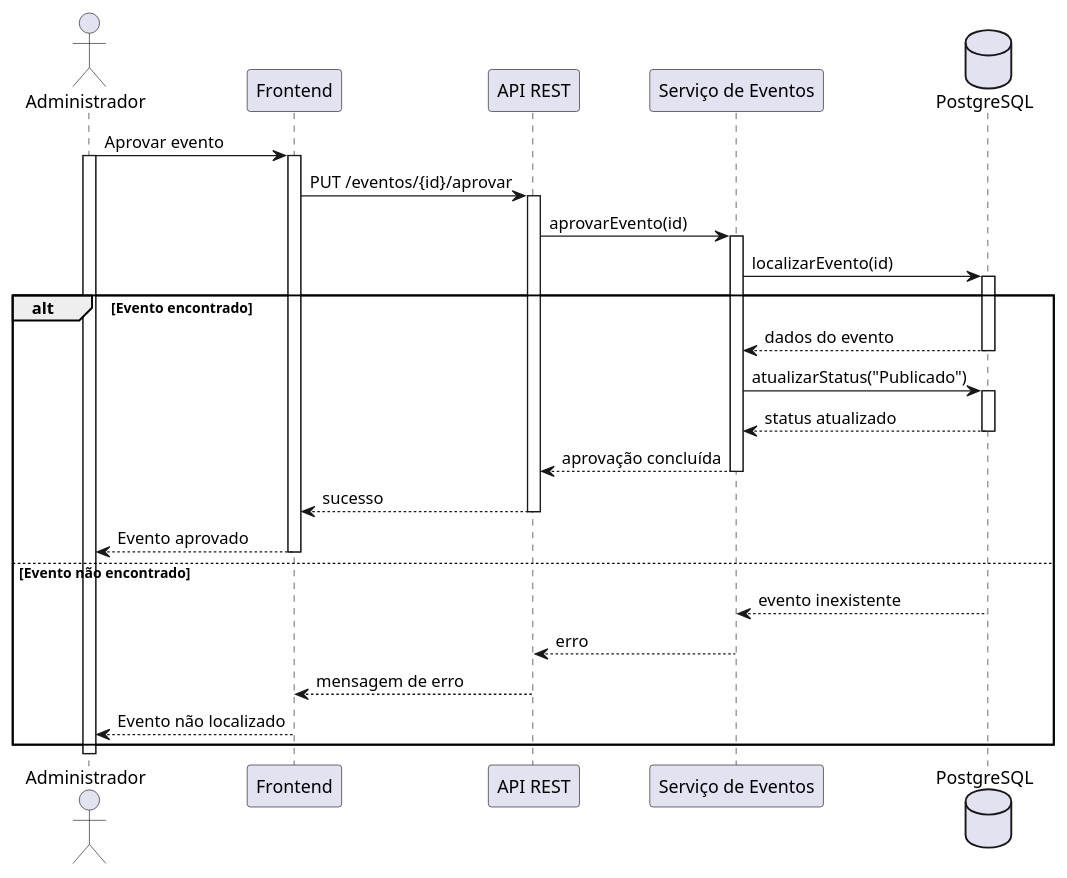
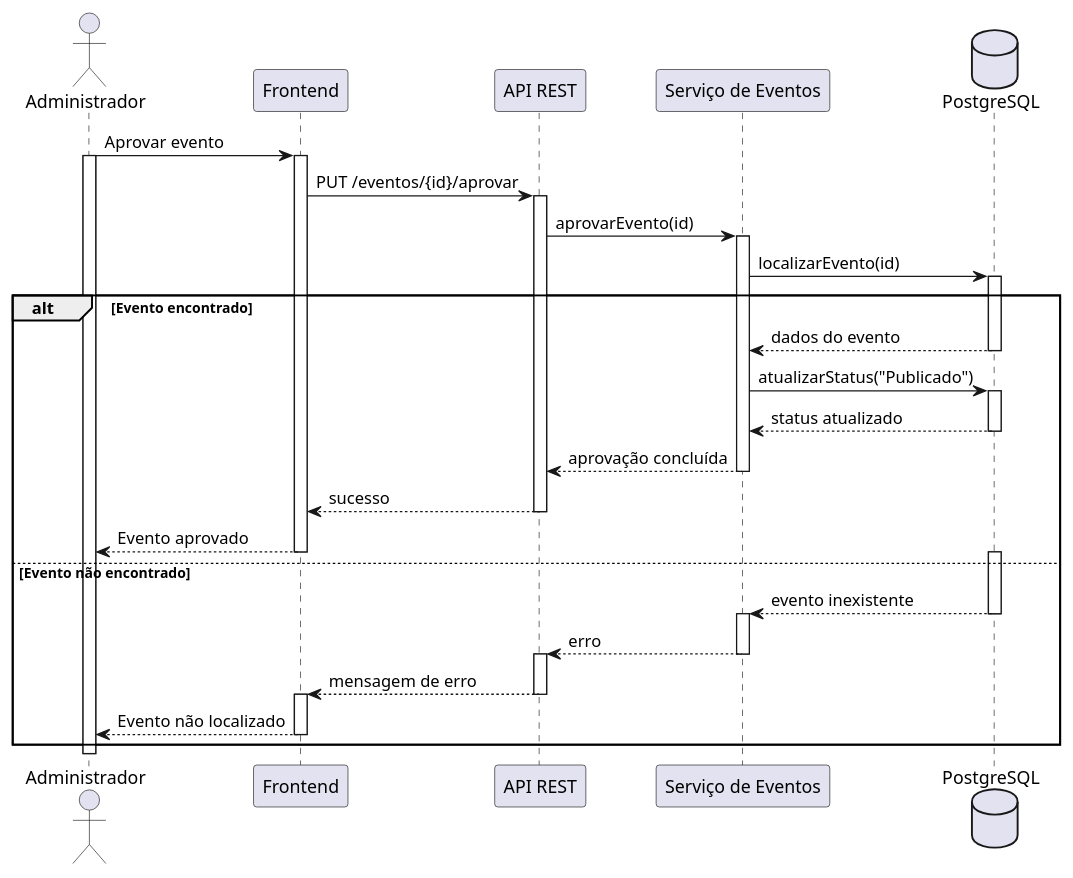
Before and after one commit to mthsz-dm/Conecta-Eventos: the diagram in PlantUML/Diagrama de sequencia detalhado/Diagrama-de-sequencia-UC-10.plantuml, drawn with PlantUML. The commit also changed 5 other files, not shown here.

Commit message:
Modificação de diagrama de sequencia

```diff
--- a/PlantUML/Diagrama de sequencia detalhado/Diagrama-de-sequencia-UC-10.plantuml
+++ b/PlantUML/Diagrama de sequencia detalhado/Diagrama-de-sequencia-UC-10.plantuml
@@ -1,48 +1,51 @@
 @startuml
 
 autoactivate on
 
 actor Administrador
 
 participant "Frontend" as Frontend
 participant "API REST" as API
 participant "Serviço de Eventos" as Service
 database "PostgreSQL" as DB
 
 Administrador -> Frontend : Aprovar evento
 activate Administrador
 
 Frontend -> API : PUT /eventos/{id}/aprovar
 
 API -> Service : aprovarEvento(id)
 
 Service -> DB : localizarEvento(id)
 
 alt Evento encontrado
 
     DB --> Service : dados do evento
 
     Service -> DB : atualizarStatus("Publicado")
 
     DB --> Service : status atualizado
 
     Service --> API : aprovação concluída
 
     API --> Frontend : sucesso
 
     Frontend --> Administrador : Evento aprovado
 
 else Evento não encontrado
-
+    activate  DB
     DB --> Service : evento inexistente
 
+    activate Service
     Service --> API : erro
 
+    activate API
     API --> Frontend : mensagem de erro
-
+    
+    activate  Frontend
     Frontend --> Administrador : Evento não localizado
 
 end
 
 deactivate Administrador
 @enduml
```
